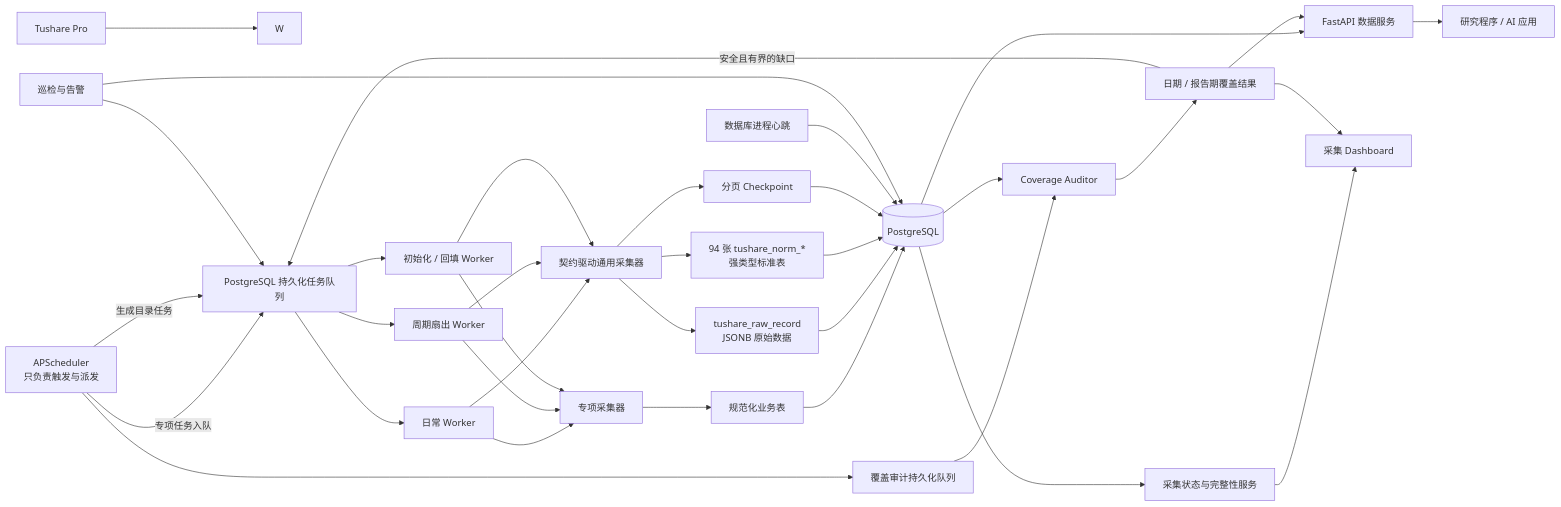
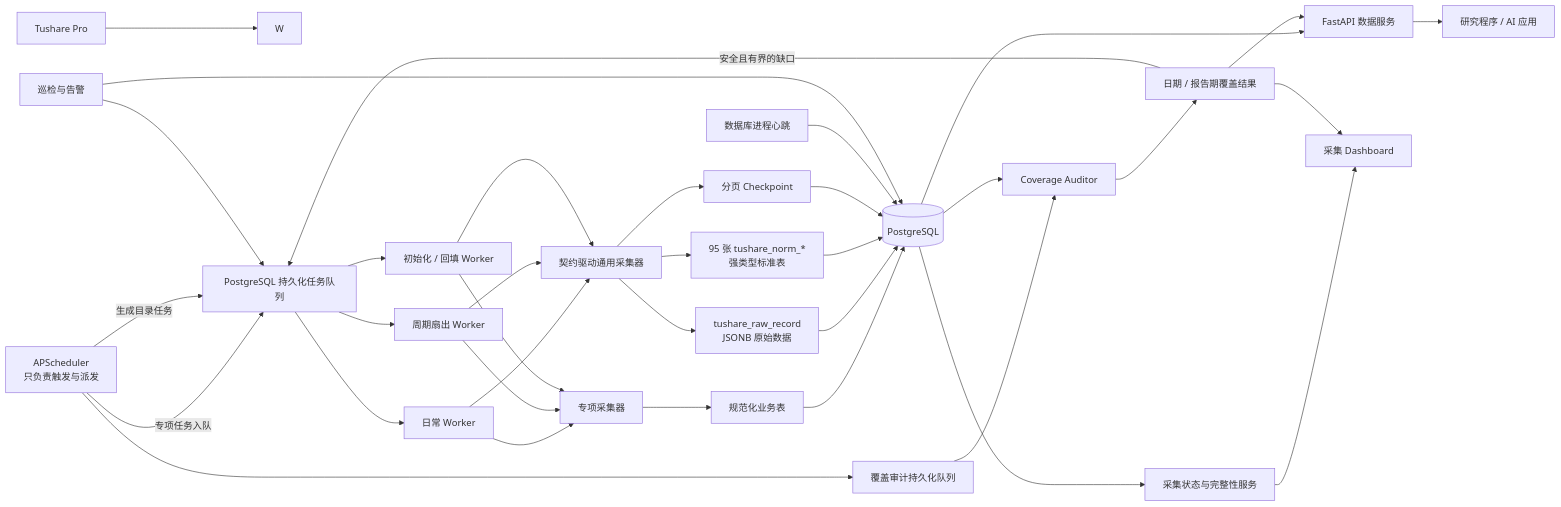
The first of 2 diagrams in README.md (Bryanooo/claw-quant-data), drawn with Mermaid before and after one commit. The commit also changed other lines of this file and 58 other files, not shown here.

````diff
--- a/README.md
+++ b/README.md
@@ -86,42 +92,42 @@
 ```mermaid
 flowchart LR
     TS["Tushare Pro"] --> W
     SCH["APScheduler<br/>只负责触发与派发"] -->|专项任务入队| Q["PostgreSQL 持久化任务队列"]
     SCH -->|生成目录任务| Q
     Q --> WR["日常 Worker"]
     Q --> WF["周期扇出 Worker"]
     Q --> WB["初始化 / 回填 Worker"]
     WR --> SC["专项采集器"]
     WR --> RC["契约驱动通用采集器"]
     WF --> SC
     WF --> RC
     WB --> SC
     WB --> RC
 
     SC --> BT["规范化业务表"]
     RC --> RT["tushare_raw_record<br/>JSONB 原始数据"]
-    RC --> NT["94 张 tushare_norm_*<br/>强类型标准表"]
+    RC --> NT["95 张 tushare_norm_*<br/>强类型标准表"]
     RC --> CP["分页 Checkpoint"]
 
     BT --> PG[("PostgreSQL")]
     RT --> PG
     NT --> PG
     CP --> PG
 
     PG --> API["FastAPI 数据服务"]
     PG --> MON["采集状态与完整性服务"]
     API --> USER["研究程序 / AI 应用"]
     MON --> DASH["采集 Dashboard"]
 
     SCH --> CQ["覆盖审计持久化队列"]
     CQ --> AUD["Coverage Auditor"]
     AUD --> COV["日期 / 报告期覆盖结果"]
     COV -->|安全且有界的缺口| Q
     PG --> AUD
     COV --> API
     COV --> DASH
 
     HB["数据库进程心跳"] --> PG
     INS["巡检与告警"] --> Q
     INS --> PG
 ```
````
